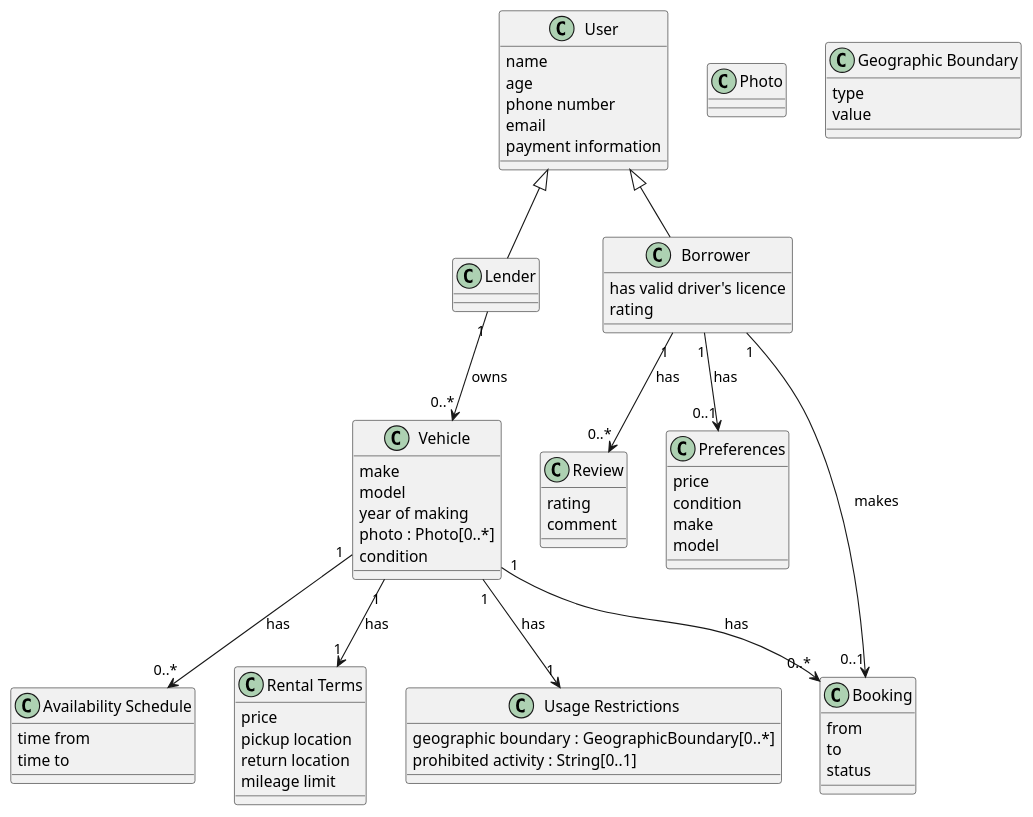
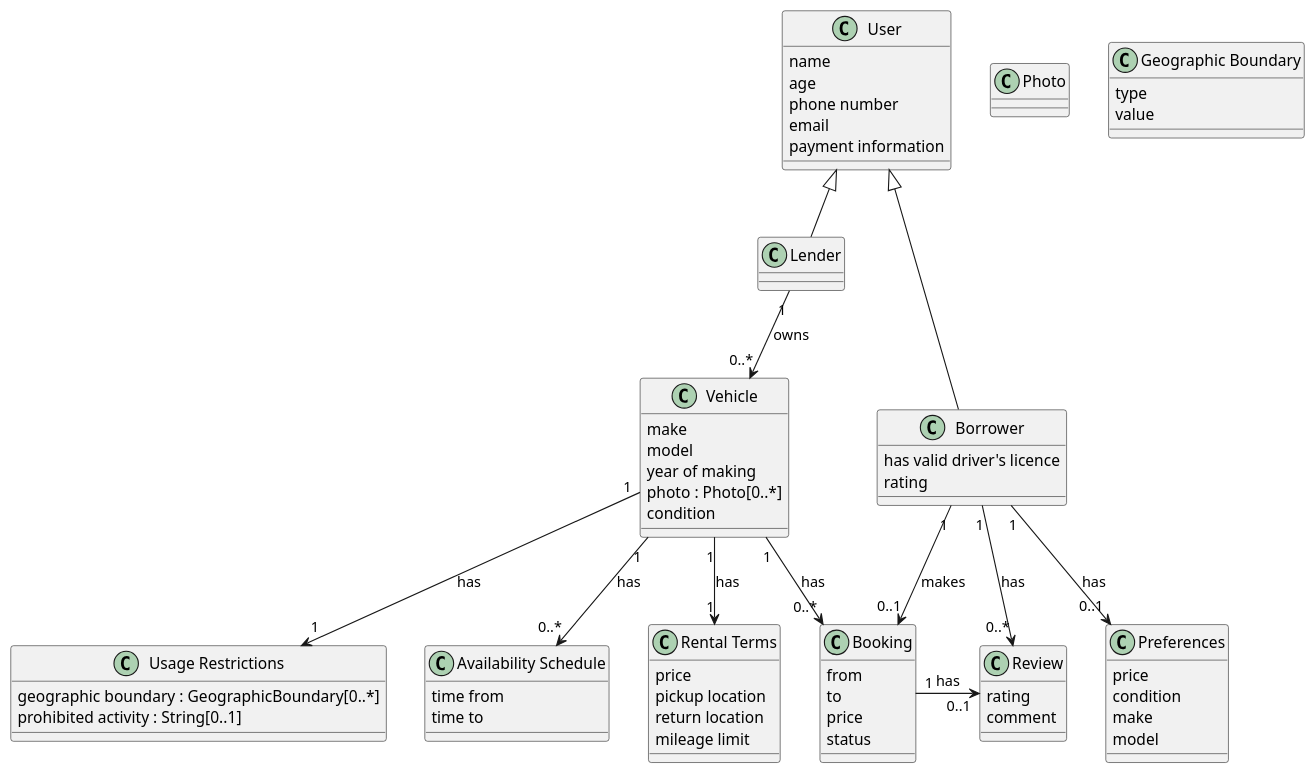
The diagram in domain_model/domain_model.plantuml (bruzla/NSWI041), drawn with PlantUML before and after one commit. The commit also changed 1 other file, not shown here.

Commit message:
add price and association with review

```diff
--- a/domain_model/domain_model.plantuml
+++ b/domain_model/domain_model.plantuml
@@ -1,96 +1,98 @@
 @startuml
 
 '---------- Actors
 
 class User {
     name
     age
     phone number
     email
     payment information
 }
 
 class Lender {
 
 }
 
 class Borrower {
     has valid driver's licence
     rating
 }
 
 '---------- Vehicle
 
 class Photo
 
 class Vehicle {
     make
     model
     year of making
     photo : Photo[0..*]
     condition
 }
 
 class "Availability Schedule" as AvailabilitySchedule {
     time from
     time to
 }
 
 class "Rental Terms" as RentalTerms {
     price
     pickup location
     return location
     mileage limit
 }
 
 class "Geographic Boundary" as GeographicBoundary {
     type
     value
 }
 
 class "Usage Restrictions" as UsageRestriction {
     geographic boundary : GeographicBoundary[0..*]
     prohibited activity : String[0..1]
 }
 
 '---------- Other
 
 class Review {
     rating
     comment
 }
 
 class Preferences {
     price
     condition
     make
     model
 }
 
 class Booking {
     from
     to
+    price
     status
 }
 
 '---------- Associations
 
 'Lender --|> User
 'Borrower --|> User
 
 User <|-- Lender
 User <|-- Borrower
 
 Lender "1" --> "0..*" Vehicle : owns
 
 Borrower "1" --> "0..1" Booking : makes
 Borrower "1" --> "0..*" Review : has
+Booking "1" --right> "0..1" Review : has
 Borrower "1" --> "0..1" Preferences : has
 
 Vehicle "1" --> "0..*" Booking : has
 Vehicle "1" --> "1" RentalTerms : has
 Vehicle "1" --> "1" UsageRestriction : has
 Vehicle "1" --> "0..*" AvailabilitySchedule : has
 
 
 @enduml
```
